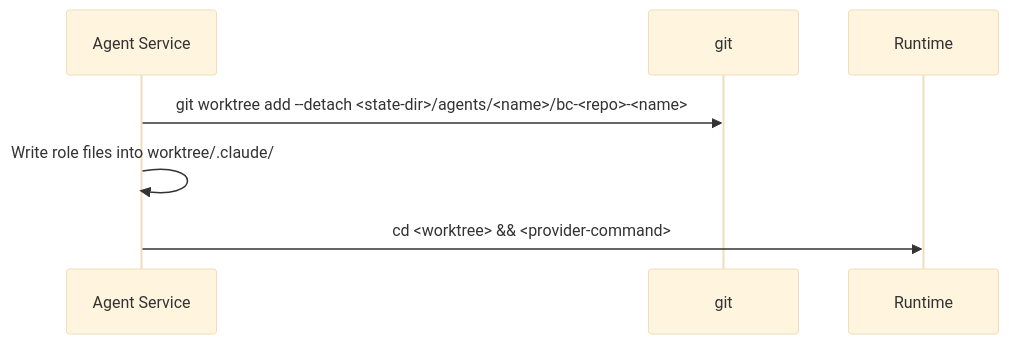
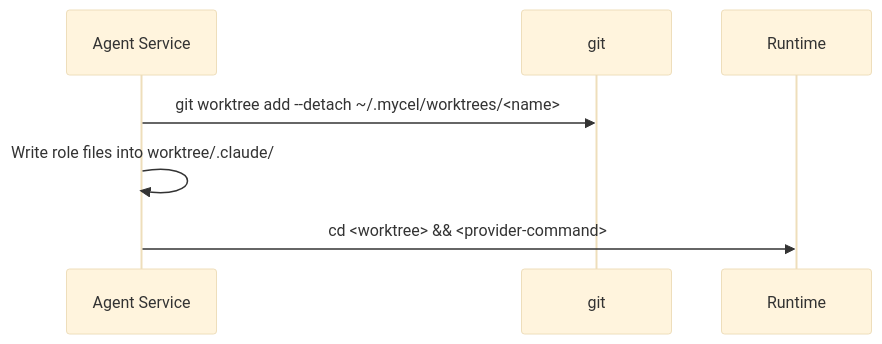
The second of 3 diagrams in docs/explanation/agents.md (rpuneet/bc), drawn with Mermaid (base theme) before and after one commit. The commit also changed other lines of this file and 9 other files, not shown here.

First line of the commit message:
feat(agent): flat worktree layout at ~/.mycel/worktrees with state at ~/.mycel/agents

````diff
--- a/docs/explanation/agents.md
+++ b/docs/explanation/agents.md
@@ -88,10 +95,10 @@
 ```mermaid
 sequenceDiagram
     participant Svc as Agent Service
     participant Git as git
     participant RT as Runtime
 
-    Svc->>Git: git worktree add --detach <state-dir>/agents/<name>/bc-<repo>-<name>
+    Svc->>Git: git worktree add --detach ~/.mycel/worktrees/<name>
     Svc->>Svc: Write role files into worktree/.claude/
     Svc->>RT: cd <worktree> && <provider-command>
 ```
````
